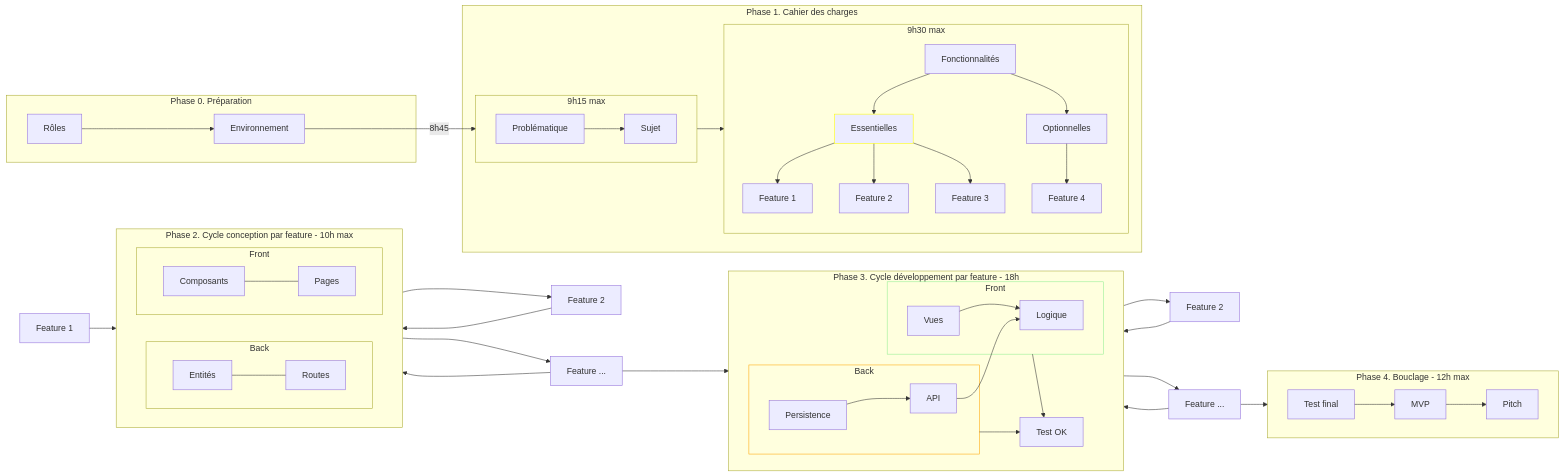
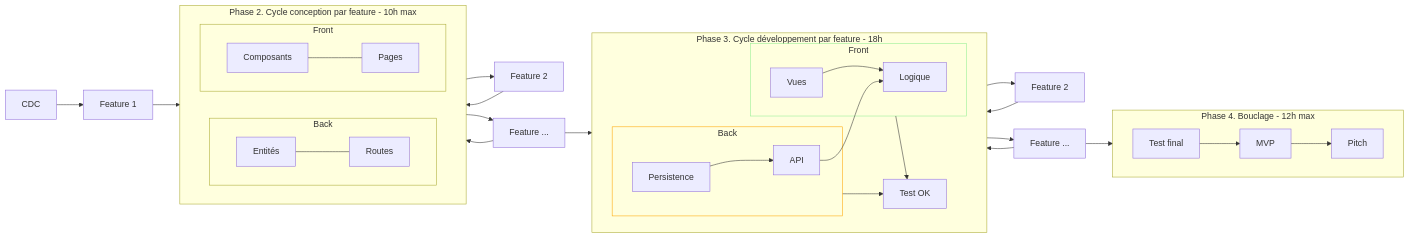
The second of 8 diagrams in README.md (sximenez/2023-10-oct-hackathon-doc), drawn with Mermaid before and after one commit.

````diff
--- a/README.md
+++ b/README.md
@@ -22,77 +52,51 @@
 ```mermaid
 graph LR
-
-subgraph Phase 0. Préparation
-Rôles --> Environnement
-end
-
-Environnement -- 8h45 --> 9h15[9h15 max]
-
-subgraph Phase 1. Cahier des charges
-
-subgraph 9h15[9h15 max]
-direction LR
-Problématique --> Sujet
-end
-
-subgraph 9h30[9h30 max]
-direction TB
-Fonctionnalités --> Essentielles --> A[Feature 1]
-Essentielles --> B[Feature 2]
-Essentielles --> C[Feature 3]
-Fonctionnalités --> Optionnelles
-Optionnelles --> D[Feature 4]
-end
-end
-
-9h15[9h15 max] --> 9h30[9h30 max]
 
 subgraph AA[Phase 2. Cycle conception par feature - 10h max]
 direction LR
 
 subgraph 1[Front]
 direction LR
 Composants --- Pages
 end
 
 subgraph 2[Back]
 direction LR
 Entités --- Routes
 end
 
 end
 
 subgraph BB[Phase 3. Cycle développement par feature - 18h]
 direction LR
 
 subgraph 3[Front]
 Vues --> Logique
 end
 
 subgraph 4[Back]
 Persistence --> API
 end
  
 API --> Logique
 
 3[Front] --> 6[Test OK]
 4[Back] --> 6[Test OK]
 
 end
 
-B1[Feature 1] --> AA[Phase 2. Cycle conception par feature - 10h max] --> B2[Feature 2] --> AA[Phase 2. Cycle conception par feature - 10h max] --> B3[Feature ...] --> BB[Phase 3. Développement par feature - 18h]
+CDC --> B1[Feature 1] --> AA[Phase 2. Cycle conception par feature - 10h max] --> B2[Feature 2] --> AA[Phase 2. Cycle conception par feature - 10h max] --> B3[Feature ...] --> BB[Phase 3. Développement par feature - 18h]
 B3[Feature ...] --> AA[Phase 2. Cycle conception par feature - 10h max] 
 
 BB[Phase 3. Développement par feature - 18h] --> A2[Feature 2] --> BB[Phase 3. Développement par feature - 18h] --> A3[Feature ...] --> BB[Phase 3. Développement par feature - 18h] 
 
 A3[Feature ...] --> CC[Phase 4. Bouclage - 12h max]
 
 subgraph CC[Phase 4. Bouclage - 12h max]
 direction LR
 5[Test final] --> MVP --> Pitch
 end
 
-style Essentielles stroke:yellow
 style 3 stroke:lightgreen
 style 4 stroke:orange
 ```
````
